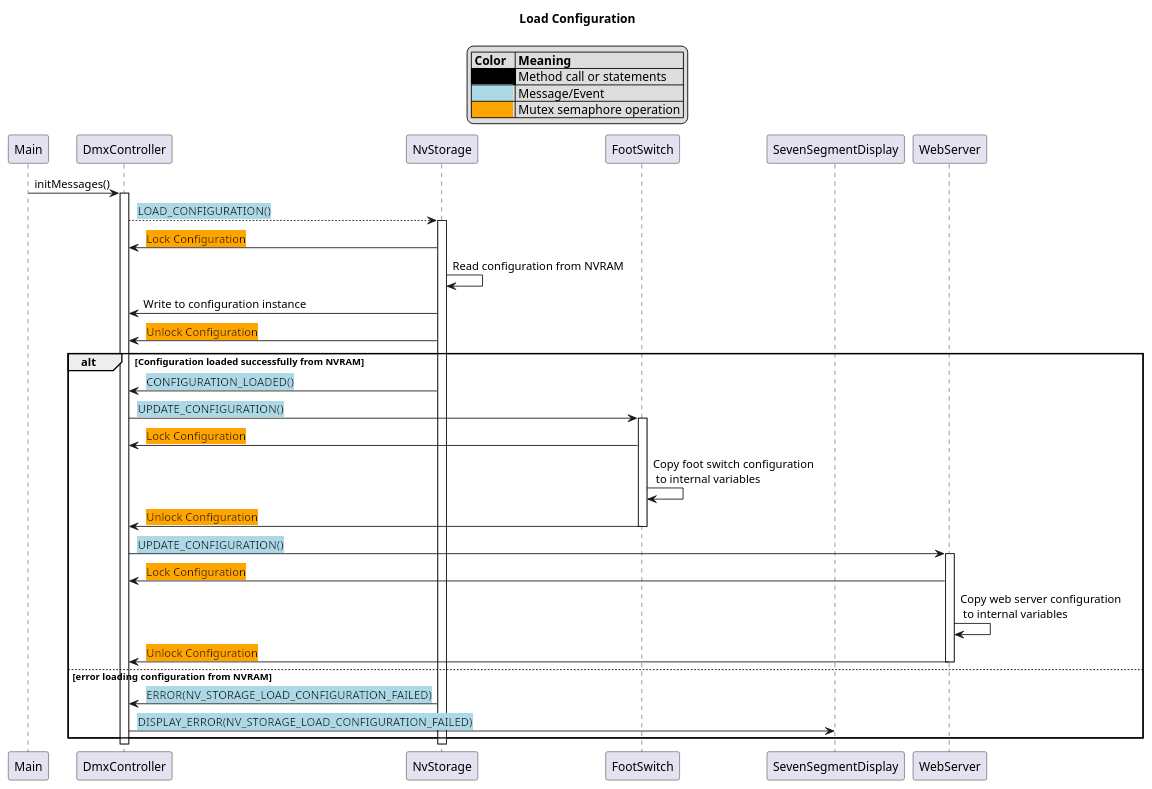
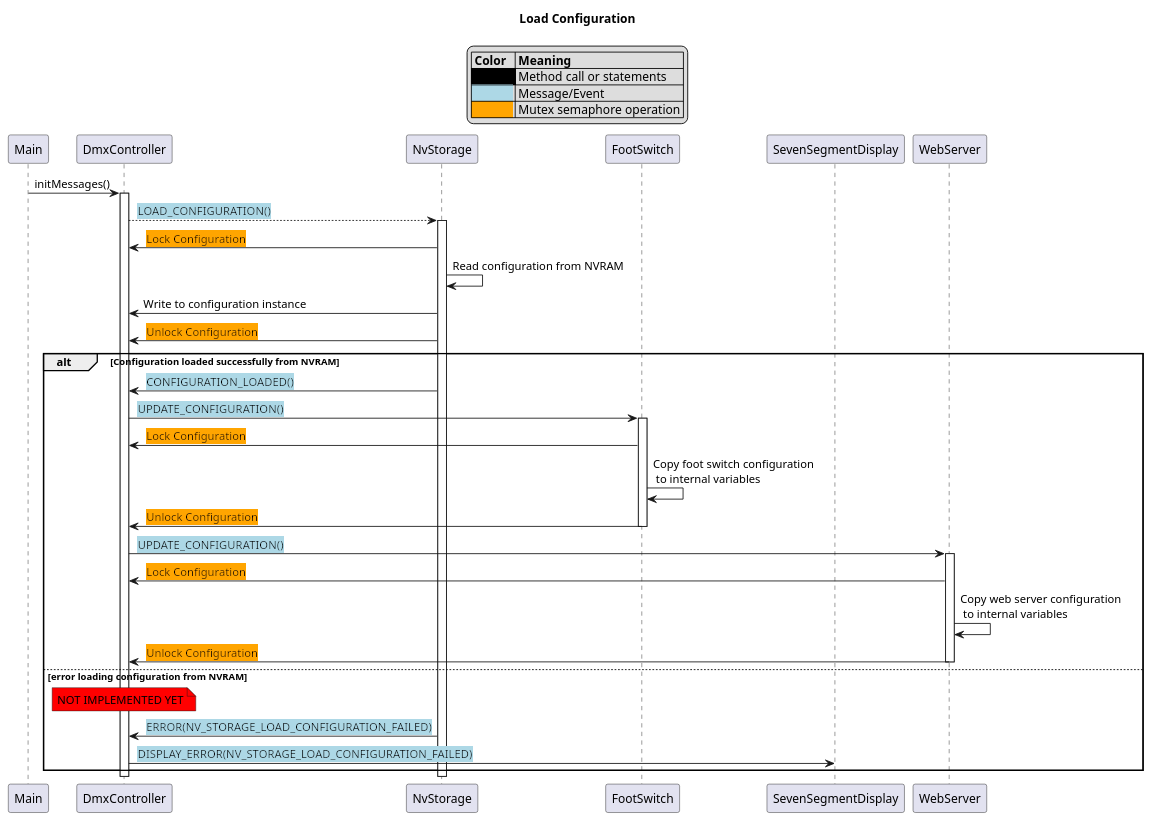
One commit to michelkeijzers/Esp32DmxController changed the sixth of 10 diagrams in Documentation/software_design.puml. Above: the diagram before and after it, drawn with PlantUML. The commit also changed 10 other files, not shown here.

```diff
--- a/Documentation/software_design.puml
+++ b/Documentation/software_design.puml
@@ -330,51 +330,54 @@
 @startuml 
 title Load Configuration 
 
 legend top
     |= Color |= Meaning |
     |<back:black>              | Method call or statements |
     |<back:lightBlue>             | Message/Event |
     |<back:orange>             | Mutex semaphore operation |
 endlegend
 
 participant Main
 participant DmxController
 participant NvStorage
 participant FootSwitch
 participant SevenSegmentDisplay
 participant WebServer
 
 Main -> DmxController : initMessages()
 activate DmxController
     DmxController --> NvStorage : <back:lightblue> LOAD_CONFIGURATION()
     activate NvStorage
         NvStorage -> DmxController : <back:orange> Lock Configuration
         NvStorage -> NvStorage : Read configuration from NVRAM
         NvStorage -> DmxController : Write to configuration instance
         NvStorage -> DmxController : <back:orange> Unlock Configuration
 
         alt Configuration loaded successfully from NVRAM
             NvStorage -> DmxController : <back:lightblue> CONFIGURATION_LOADED()
 
             DmxController -> FootSwitch : <back:lightblue> UPDATE_CONFIGURATION()
             activate FootSwitch
                 FootSwitch -> DmxController : <back:orange> Lock Configuration
                 FootSwitch -> FootSwitch : Copy foot switch configuration \n to internal variables
                 FootSwitch -> DmxController : <back:orange> Unlock Configuration
             deactivate FootSwitch
 
             DmxController -> WebServer : <back:lightblue> UPDATE_CONFIGURATION() 
             activate WebServer
                 WebServer -> DmxController : <back:orange> Lock Configuration
                 WebServer -> WebServer : Copy web server configuration \n to internal variables
                 WebServer -> DmxController : <back:orange> Unlock Configuration
             deactivate WebServer
 
         else error loading configuration from NVRAM 
+            note over DmxController #red
+                NOT IMPLEMENTED YET
+            end note
             NvStorage -> DmxController : <back:lightblue> ERROR(NV_STORAGE_LOAD_CONFIGURATION_FAILED)
             DmxController -> SevenSegmentDisplay : <back:lightblue> DISPLAY_ERROR(NV_STORAGE_LOAD_CONFIGURATION_FAILED)
         end
     deactivate NvStorage
 deactivate DmxController
 
 @enduml 
```
